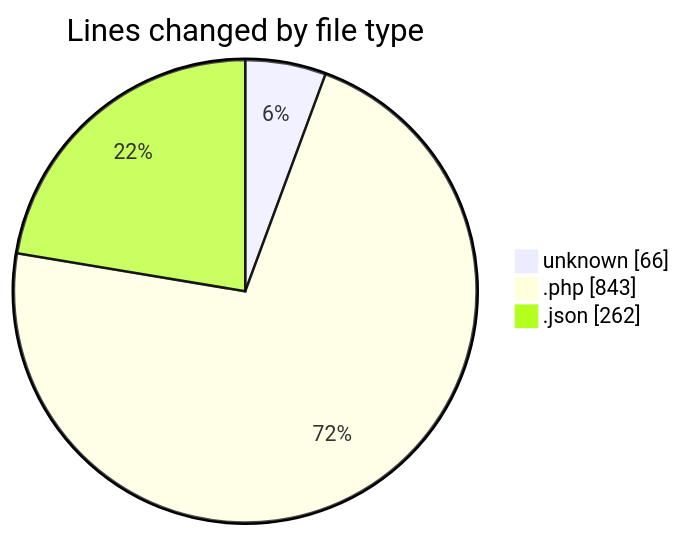
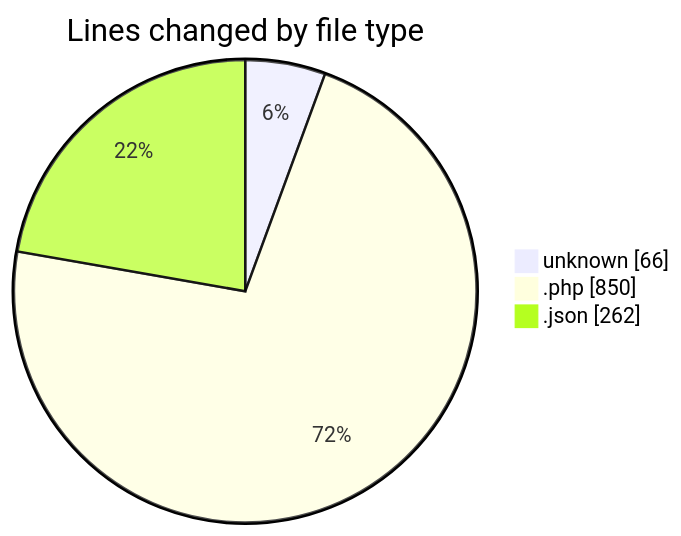
One commit to idhammustaqopulfikri/code-tracking changed the first of 2 diagrams in 2025-11-08/futsal/README.md. Above: the diagram before and after it, drawn with Mermaid. The commit also changed other lines of this file and 1 other file, not shown here.

````diff
--- a/2025-11-08/futsal/README.md
+++ b/2025-11-08/futsal/README.md
@@ -31,7 +31,7 @@
 ```mermaid
 pie showData
 title Lines changed by file type
 "unknown" : 66
-".php" : 843
+".php" : 850
 ".json" : 262
 ```
````
